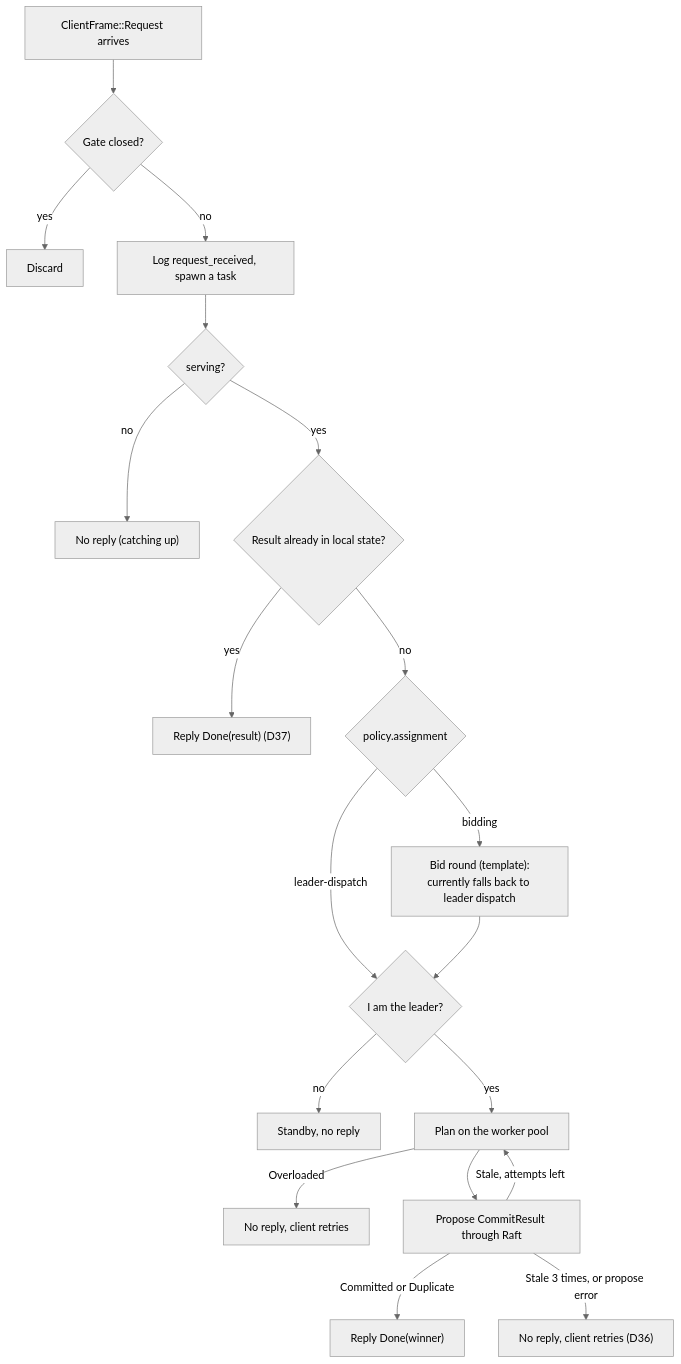
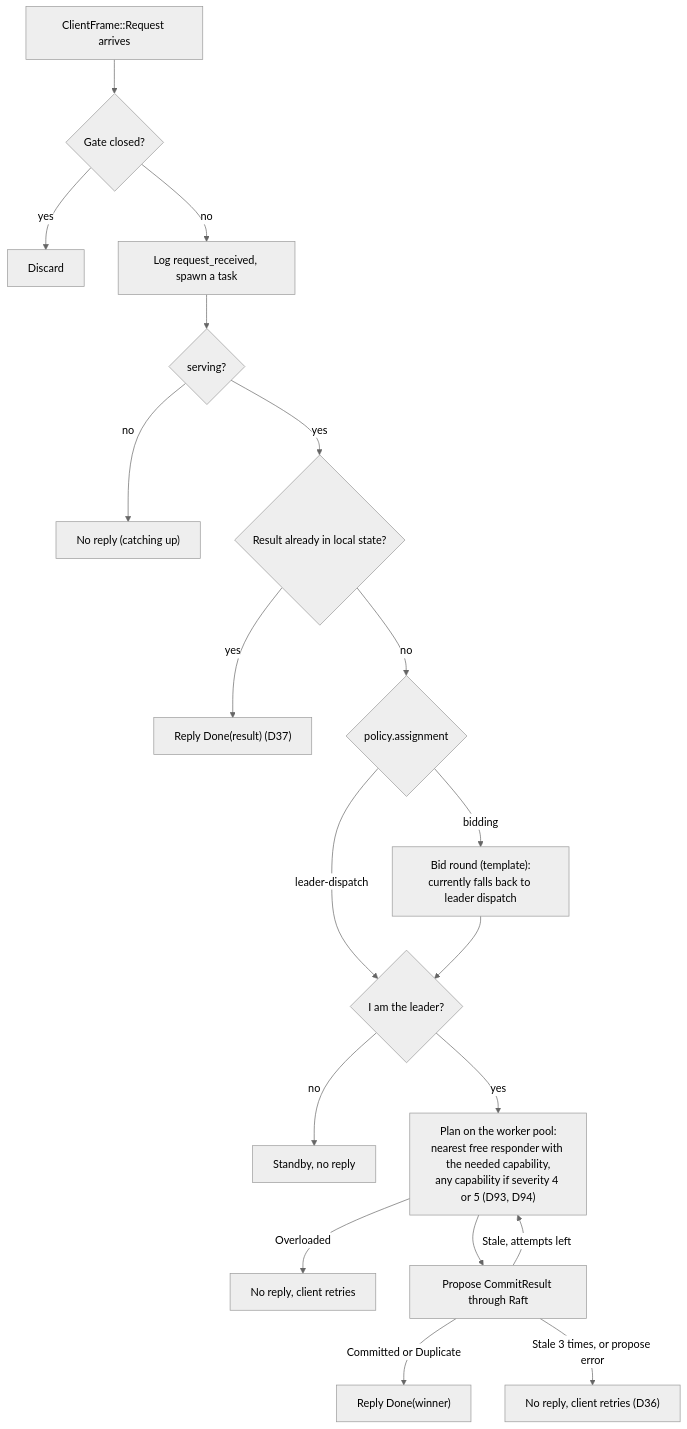
One commit to noortaytoy1/DistributedSystems changed diagram 19 of 27 in docs/architecture.md. Above: the diagram before and after it, drawn with Mermaid (neutral theme). The commit also changed other lines of this file and 3 other files, not shown here.

````diff
--- a/docs/architecture.md
+++ b/docs/architecture.md
@@ -686,21 +686,21 @@
 ```mermaid
 flowchart TD
     REQ["ClientFrame::Request arrives"] --> GATE{"Gate closed?"}
     GATE -->|yes| DROP["Discard"]
     GATE -->|no| LOG["Log request_received, spawn a task"]
     LOG --> SERV{"serving?"}
     SERV -->|no| QUIET1["No reply (catching up)"]
     SERV -->|yes| DONE{"Result already in local state?"}
     DONE -->|yes| REPLY1["Reply Done(result) (D37)"]
     DONE -->|no| POL{"policy.assignment"}
     POL -->|leader-dispatch| LEAD{"I am the leader?"}
     POL -->|bidding| BID["Bid round (template):<br/>currently falls back to leader dispatch"]
     BID --> LEAD
     LEAD -->|no| QUIET2["Standby, no reply"]
-    LEAD -->|yes| PLAN["Plan on the worker pool"]
+    LEAD -->|yes| PLAN["Plan on the worker pool:<br/>nearest free responder with the needed capability,<br/>any capability if severity 4 or 5 (D93, D94)"]
     PLAN -->|Overloaded| QUIET3["No reply, client retries"]
     PLAN --> PROP["Propose CommitResult through Raft"]
     PROP -->|Committed or Duplicate| REPLY2["Reply Done(winner)"]
     PROP -->|Stale, attempts left| PLAN
     PROP -->|Stale 3 times, or propose error| QUIET4["No reply, client retries (D36)"]
 ```
````
